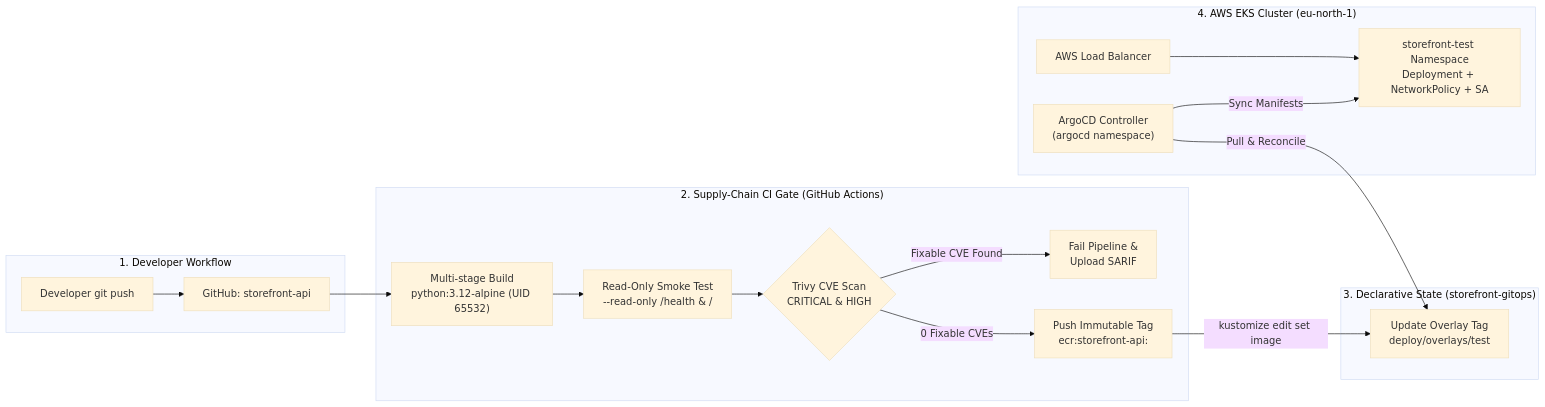
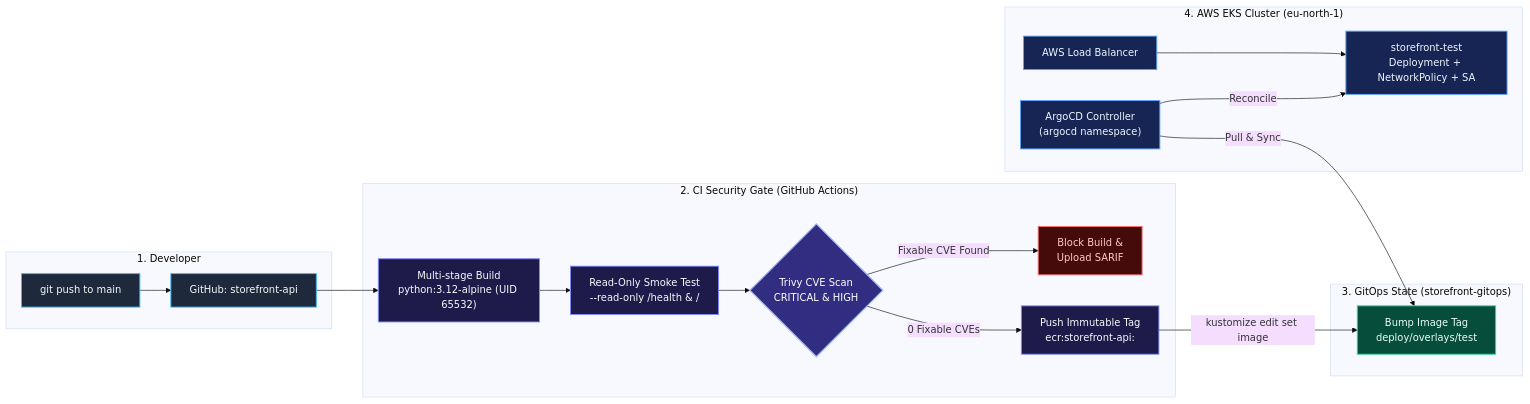
Before and after one commit to Bsalarian/storefront-gitops: the diagram in README.md, drawn with Mermaid (base theme). The commit also changed other lines of this file and 1 other file, not shown here.

````diff
--- a/README.md
+++ b/README.md
@@ -17,24 +17,38 @@
 ```mermaid
 flowchart LR
-    subgraph Dev["1. Developer Workflow"]
-        A["Developer git push"] --> B["GitHub: storefront-api"]
+    subgraph Dev["1. Developer"]
+        A["git push to main"] --> B["GitHub: storefront-api"]
     end
 
-    subgraph CI["2. Supply-Chain CI Gate (GitHub Actions)"]
+    subgraph CI["2. CI Security Gate (GitHub Actions)"]
         B --> C["Multi-stage Build<br/>python:3.12-alpine (UID 65532)"]
         C --> D["Read-Only Smoke Test<br/>--read-only /health & /"]
         D --> E{"Trivy CVE Scan<br/>CRITICAL & HIGH"}
-        E -- "Fixable CVE Found" --> F["Fail Pipeline &<br/>Upload SARIF"]
+        E -- "Fixable CVE Found" --> F["Block Build &<br/>Upload SARIF"]
         E -- "0 Fixable CVEs" --> G["Push Immutable Tag<br/>ecr:storefront-api:<sha>"]
     end
 
-    subgraph GitOps["3. Declarative State (storefront-gitops)"]
-        G -- "kustomize edit set image" --> H["Update Overlay Tag<br/>deploy/overlays/test"]
+    subgraph GitOps["3. GitOps State (storefront-gitops)"]
+        G -- "kustomize edit set image" --> H["Bump Image Tag<br/>deploy/overlays/test"]
     end
 
     subgraph EKS["4. AWS EKS Cluster (eu-north-1)"]
-        I["ArgoCD Controller<br/>(argocd namespace)"] -- "Pull & Reconcile" --> H
-        I -- "Sync Manifests" --> J["storefront-test Namespace<br/>Deployment + NetworkPolicy + SA"]
+        I["ArgoCD Controller<br/>(argocd namespace)"] -- "Pull & Sync" --> H
+        I -- "Reconcile" --> J["storefront-test<br/>Deployment + NetworkPolicy + SA"]
         K["AWS Load Balancer"] --> J
     end
+
+    classDef dev fill:#1e293b,stroke:#38bdf8,stroke-width:1.5px,color:#f8fafc;
+    classDef ci fill:#1e1b4b,stroke:#818cf8,stroke-width:1.5px,color:#f8fafc;
+    classDef gate fill:#312e81,stroke:#a5b4fc,stroke-width:2px,color:#ffffff;
+    classDef fail fill:#450a0a,stroke:#f87171,stroke-width:1.5px,color:#fecaca;
+    classDef gitops fill:#064e3b,stroke:#34d399,stroke-width:1.5px,color:#ecfdf5;
+    classDef eks fill:#172554,stroke:#60a5fa,stroke-width:1.5px,color:#eff6ff;
+
+    class A,B dev;
+    class C,D,G ci;
+    class E gate;
+    class F fail;
+    class H gitops;
+    class I,J,K eks;
 ```
````
